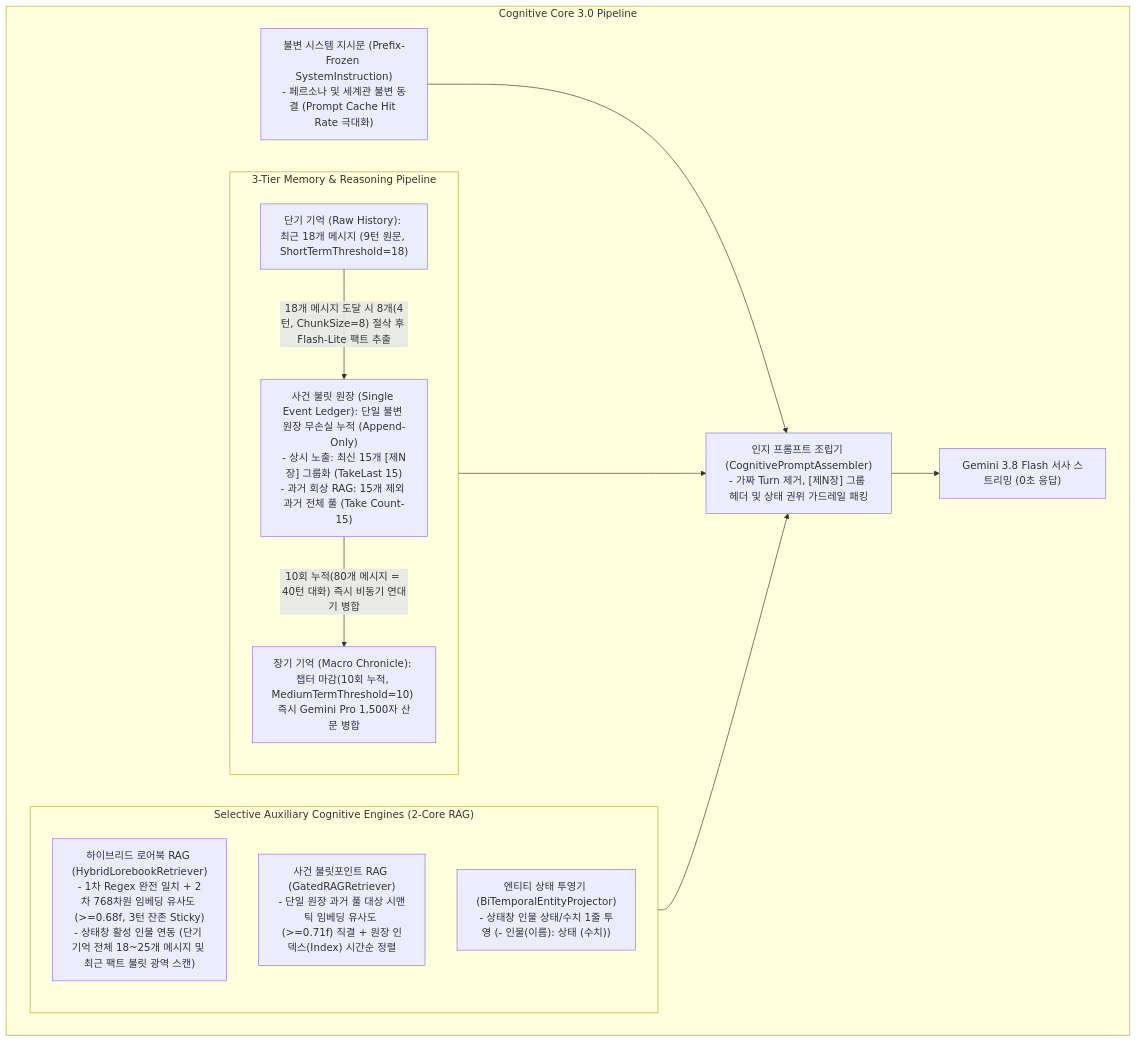
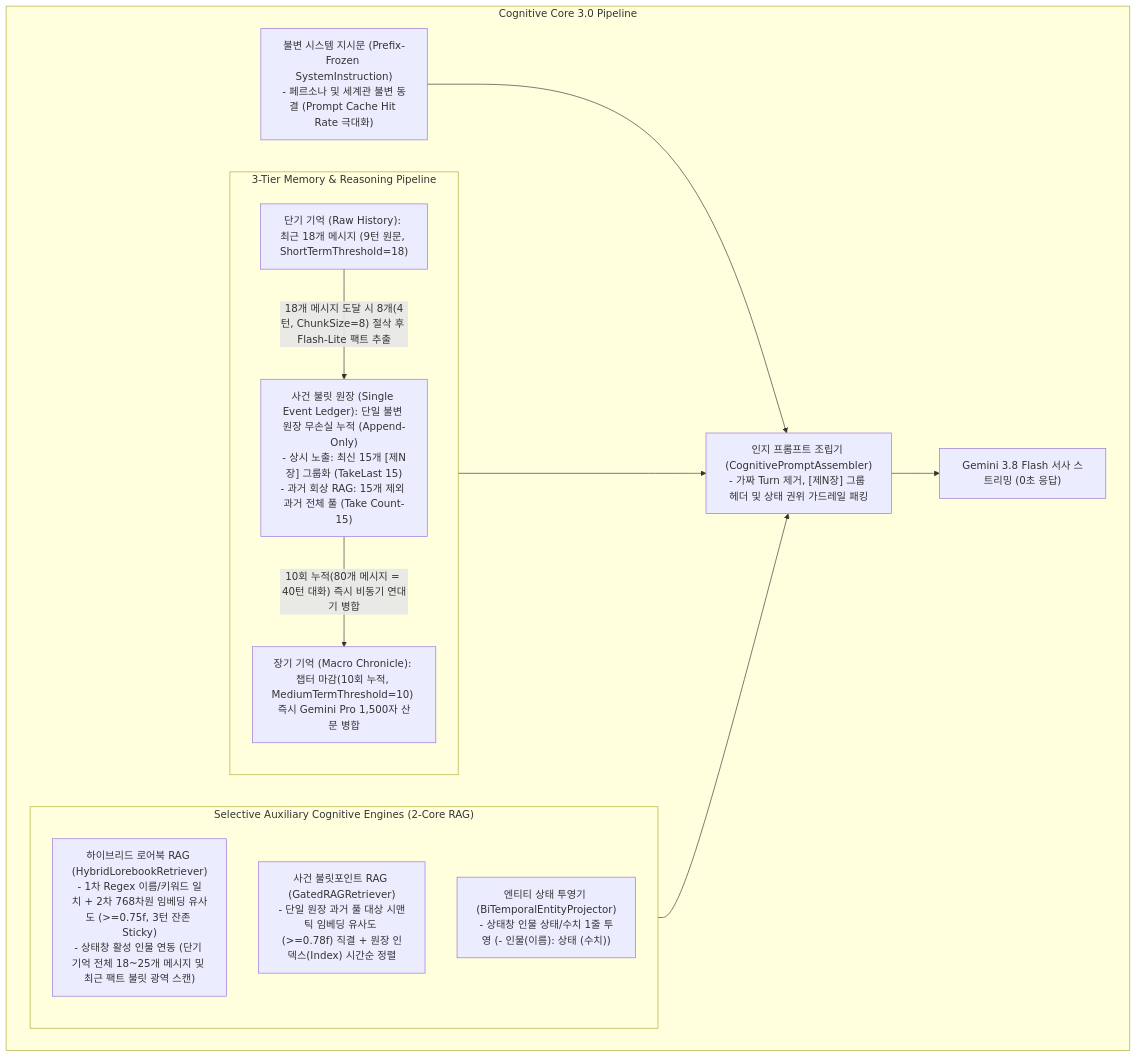
Before and after one commit to jin20203458/Obsidian.Agent: the first of 3 diagrams in GRC/docs/01_grc_architecture.md, drawn with Mermaid. The commit also changed other lines of this file and 2 other files, not shown here.

````diff
--- a/GRC/docs/01_grc_architecture.md
+++ b/GRC/docs/01_grc_architecture.md
@@ -31,28 +31,28 @@
 ```mermaid
 flowchart TB
     subgraph COGNITIVE_CORE ["Cognitive Core 3.0 Pipeline"]
         SYS["불변 시스템 지시문 (Prefix-Frozen SystemInstruction)<br>- 페르소나 및 세계관 불변 동결 (Prompt Cache Hit Rate 극대화)"]
         
         subgraph TIERS ["3-Tier Memory & Reasoning Pipeline"]
             M1["단기 기억 (Raw History): 최근 18개 메시지 (9턴 원문, ShortTermThreshold=18)"]
             M2["사건 불릿 원장 (Single Event Ledger): 단일 불변 원장 무손실 누적 (Append-Only)<br>- 상시 노출: 최신 15개 [제N장] 그룹화 (TakeLast 15)<br>- 과거 회상 RAG: 15개 제외 과거 전체 풀 (Take Count-15)"]
             M3["장기 기억 (Macro Chronicle): 챕터 마감(10회 누적, MediumTermThreshold=10) 즉시 Gemini Pro 1,500자 산문 병합"]
             
             M1 -->|"18개 메시지 도달 시 8개(4턴, ChunkSize=8) 절삭 후 Flash-Lite 팩트 추출"| M2
             M2 -->|"10회 누적(80개 메시지 = 40턴 대화) 즉시 비동기 연대기 병합"| M3
         end
         
         subgraph AUXILIARY ["Selective Auxiliary Cognitive Engines (2-Core RAG)"]
-            HL["하이브리드 로어북 RAG (HybridLorebookRetriever)<br>- 1차 Regex 완전 일치 + 2차 768차원 임베딩 유사도 (>=0.68f, 3턴 잔존 Sticky)<br>- 상태창 활성 인물 연동 (단기 기억 전체 18~25개 메시지 및 최근 팩트 불릿 광역 스캔)"]
-            GR["사건 불릿포인트 RAG (GatedRAGRetriever)<br>- 단일 원장 과거 풀 대상 시맨틱 임베딩 유사도 (>=0.71f) 직결 + 원장 인덱스(Index) 시간순 정렬"]
+            HL["하이브리드 로어북 RAG (HybridLorebookRetriever)<br>- 1차 Regex 이름/키워드 일치 + 2차 768차원 임베딩 유사도 (>=0.75f, 3턴 잔존 Sticky)<br>- 상태창 활성 인물 연동 (단기 기억 전체 18~25개 메시지 및 최근 팩트 불릿 광역 스캔)"]
+            GR["사건 불릿포인트 RAG (GatedRAGRetriever)<br>- 단일 원장 과거 풀 대상 시맨틱 임베딩 유사도 (>=0.78f) 직결 + 원장 인덱스(Index) 시간순 정렬"]
             BP["엔티티 상태 투영기 (BiTemporalEntityProjector)<br>- 상태창 인물 상태/수치 1줄 투영 (- 인물(이름): 상태 (수치))"]
         end
         
         ASSEMBLER["인지 프롬프트 조립기 (CognitivePromptAssembler)<br>- 가짜 Turn 제거, [제N장] 그룹 헤더 및 상태 권위 가드레일 패킹"]
         
         SYS --> ASSEMBLER
         TIERS --> ASSEMBLER
         AUXILIARY --> ASSEMBLER
         ASSEMBLER --> LLM["Gemini 3.8 Flash 서사 스트리밍 (0초 응답)"]
     end
 ```
````
